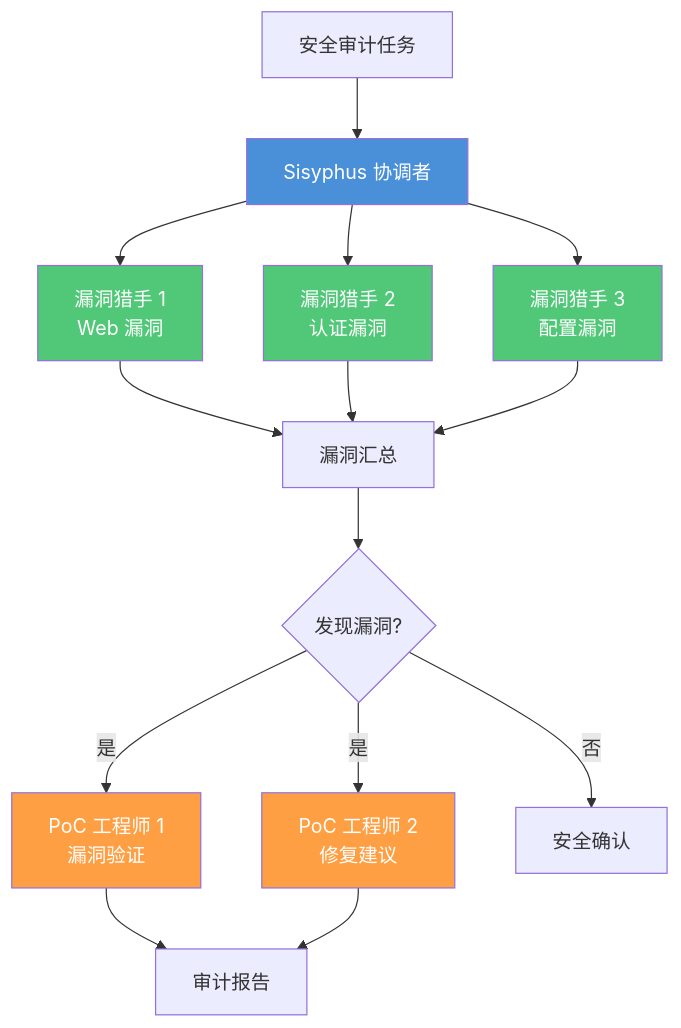
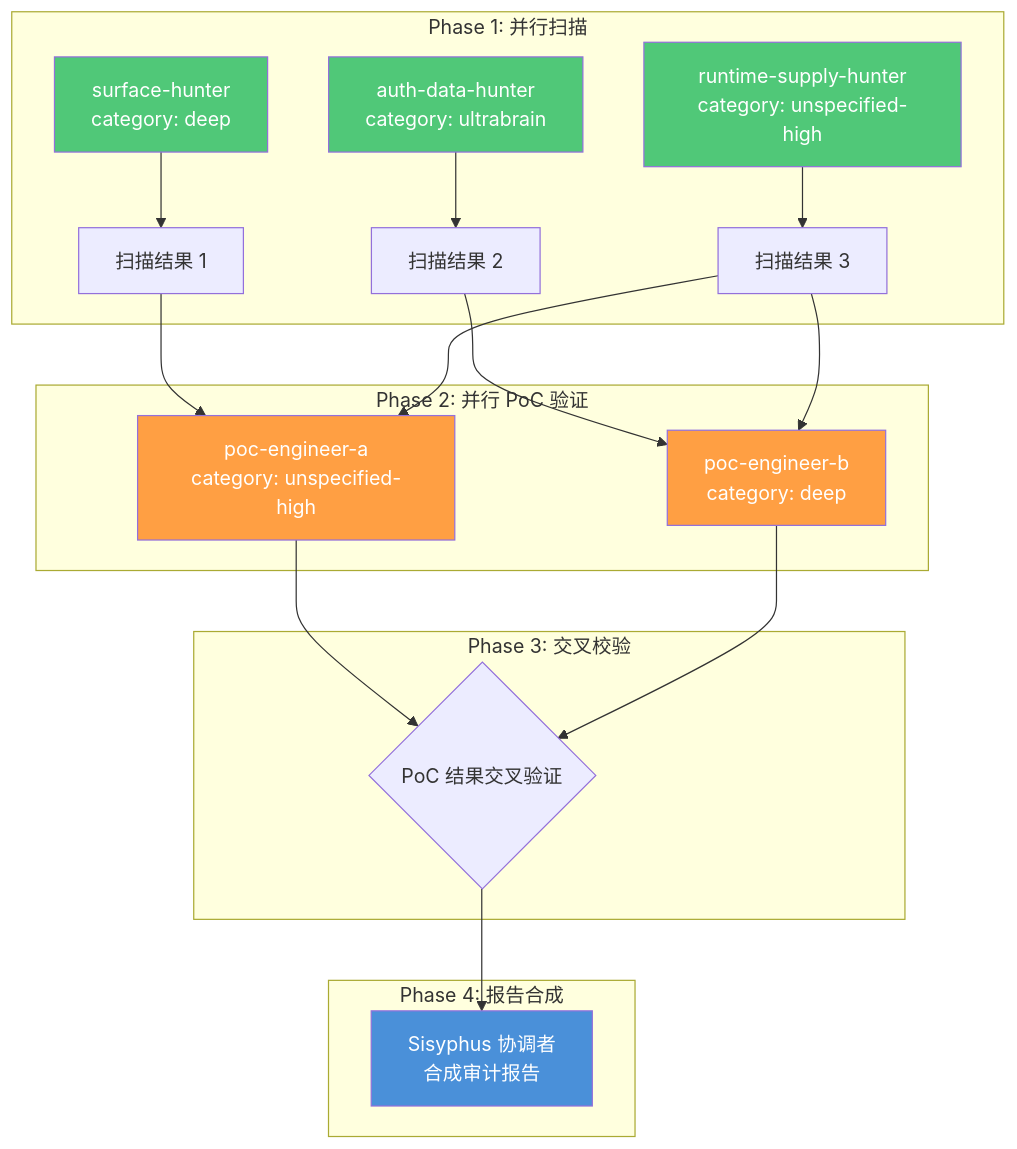
The fourth of 5 diagrams in src/04-workflows/custom-workflows.md (tonydeng/harness-engineering-from-oc-to-ai-coding), drawn with Mermaid before and after one commit. The commit also changed other lines of this file and 331 other files, not shown here.

````diff
--- a/src/04-workflows/custom-workflows.md
+++ b/src/04-workflows/custom-workflows.md
@@ -738,27 +767,31 @@
 ```mermaid
 flowchart TB
-    A[安全审计任务] --> B[Sisyphus 协调者]
+    subgraph Phase1[Phase 1: 并行扫描]
+        B1[surface-hunter<br/>category: deep] --> F1[扫描结果 1]
+        B2[auth-data-hunter<br/>category: ultrabrain] --> F2[扫描结果 2]
+        B3[runtime-supply-hunter<br/>category: unspecified-high] --> F3[扫描结果 3]
+    end
 
-    B --> C[漏洞猎手 1<br/>Web 漏洞]
-    B --> D[漏洞猎手 2<br/>认证漏洞]
-    B --> E[漏洞猎手 3<br/>配置漏洞]
+    subgraph Phase2[Phase 2: 并行 PoC 验证]
+        F1 --> H1[poc-engineer-a<br/>category: unspecified-high]
+        F2 --> H2[poc-engineer-b<br/>category: deep]
+        F3 --> H1
+        F3 --> H2
+    end
 
-    C --> F[漏洞汇总]
-    D --> F
-    E --> F
+    subgraph Phase3[Phase 3: 交叉校验]
+        H1 --> I1{PoC 结果交叉验证}
+        H2 --> I1
+    end
 
-    F --> G{发现漏洞?}
-    G -->|是| H[PoC 工程师 1<br/>漏洞验证]
-    G -->|是| I[PoC 工程师 2<br/>修复建议]
+    subgraph Phase4[Phase 4: 报告合成]
+        I1 --> J[Sisyphus 协调者<br/>合成审计报告]
+    end
 
-    H --> J[审计报告]
-    I --> J
-    G -->|否| K[安全确认]
-
-    style B fill:#4A90D9,color:#fff
-    style C fill:#50C878,color:#fff
-    style D fill:#50C878,color:#fff
-    style E fill:#50C878,color:#fff
-    style H fill:#FF9F43,color:#fff
-    style I fill:#FF9F43,color:#fff
+    style B1 fill:#50C878,color:#fff
+    style B2 fill:#50C878,color:#fff
+    style B3 fill:#50C878,color:#fff
+    style H1 fill:#FF9F43,color:#fff
+    style H2 fill:#FF9F43,color:#fff
+    style J fill:#4A90D9,color:#fff
 ```
````
